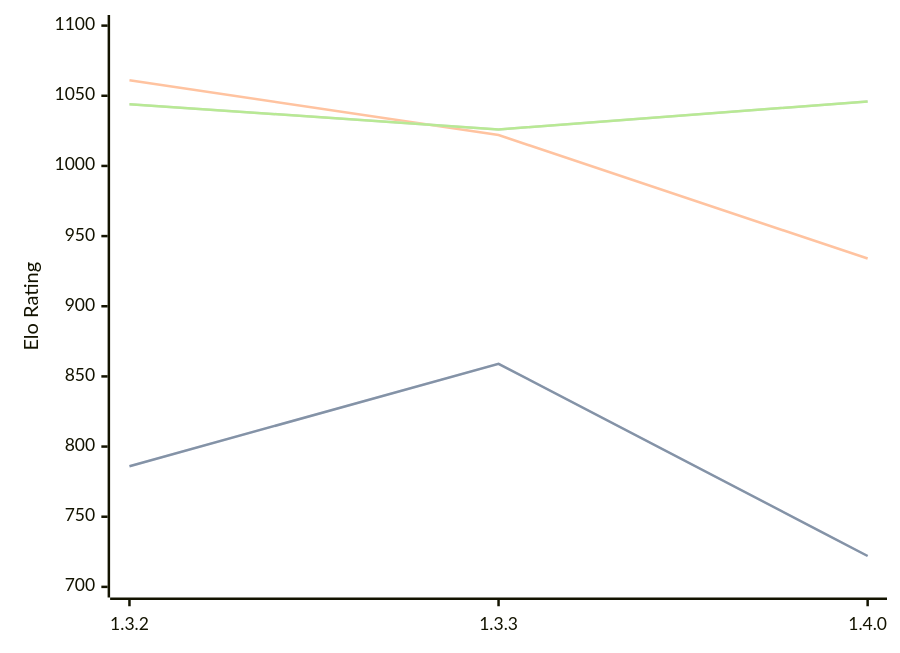
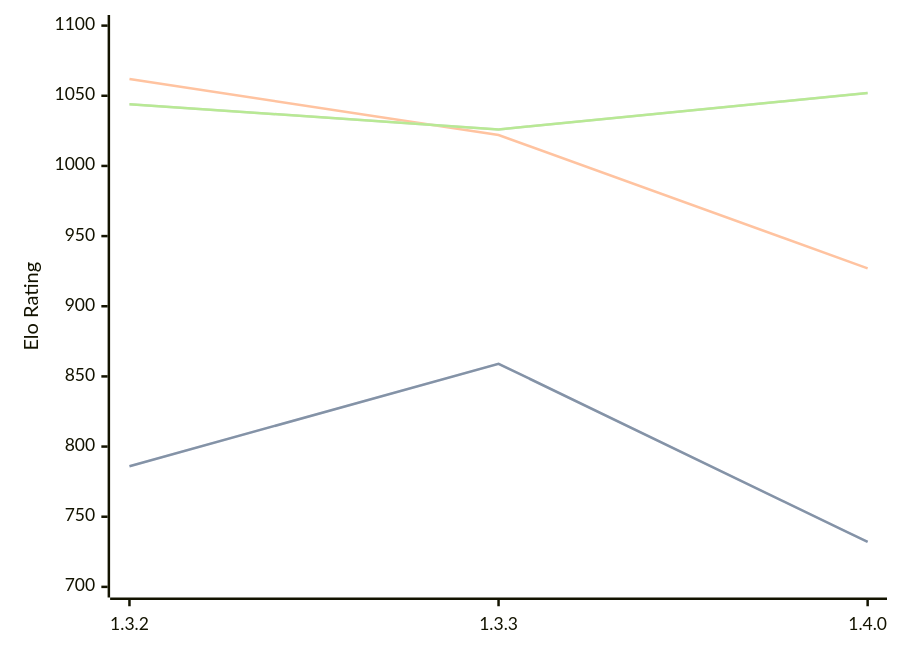
One commit to computer-chess-index/cci changed the diagram in engines/Whitespine.md. Above: the diagram before and after it, drawn with Mermaid. The commit also changed other lines of this file, not shown here.

Commit message:
Update CCI Ratings (ELO VLTC) - 2026-09-08

````diff
--- a/engines/Whitespine.md
+++ b/engines/Whitespine.md
@@ -33,11 +33,11 @@
 ```mermaid
 %%{init: {"theme":"base","themeVariables":{"seriesColors:['#a3a3a3','#222221','#faa371']}}}%%
 xychart-beta
   x-axis ["1.3.2", "1.3.3", "1.4.0"]
   y-axis "Elo Rating" 700 --> 1100
-  line "" [786, 859, 722]
-  line "STC (8.0+0.08s)" [786, 859, 722]
-  line "LTC (60.0+0.60s)" [1061, 1022, 934]
-  line "" [1044, 1026, 1046]
-  line "VLTC (2m24s+1.12s)" [1044, 1026, 1046]
+  line "" [786, 859, 732]
+  line "STC (8.0+0.08s)" [786, 859, 732]
+  line "LTC (60.0+0.60s)" [1062, 1022, 927]
+  line "" [1044, 1026, 1052]
+  line "VLTC (2m24s+1.12s)" [1044, 1026, 1052]
 ```
````
